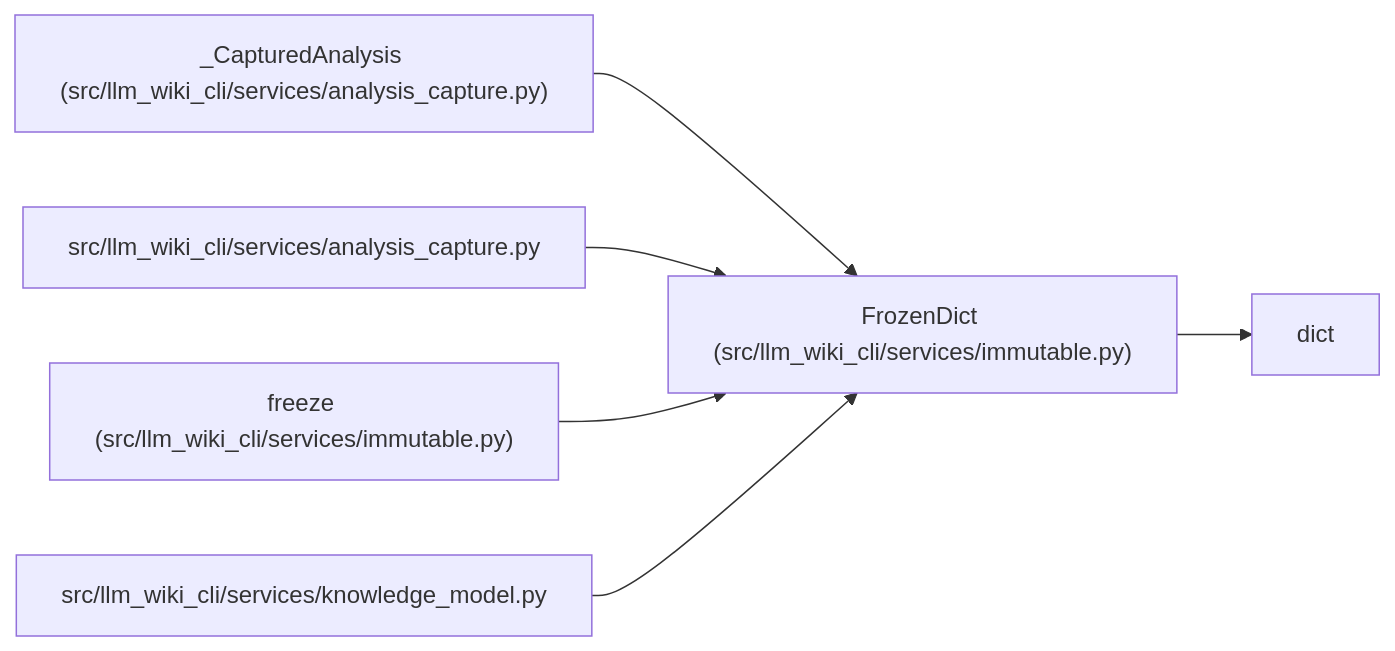
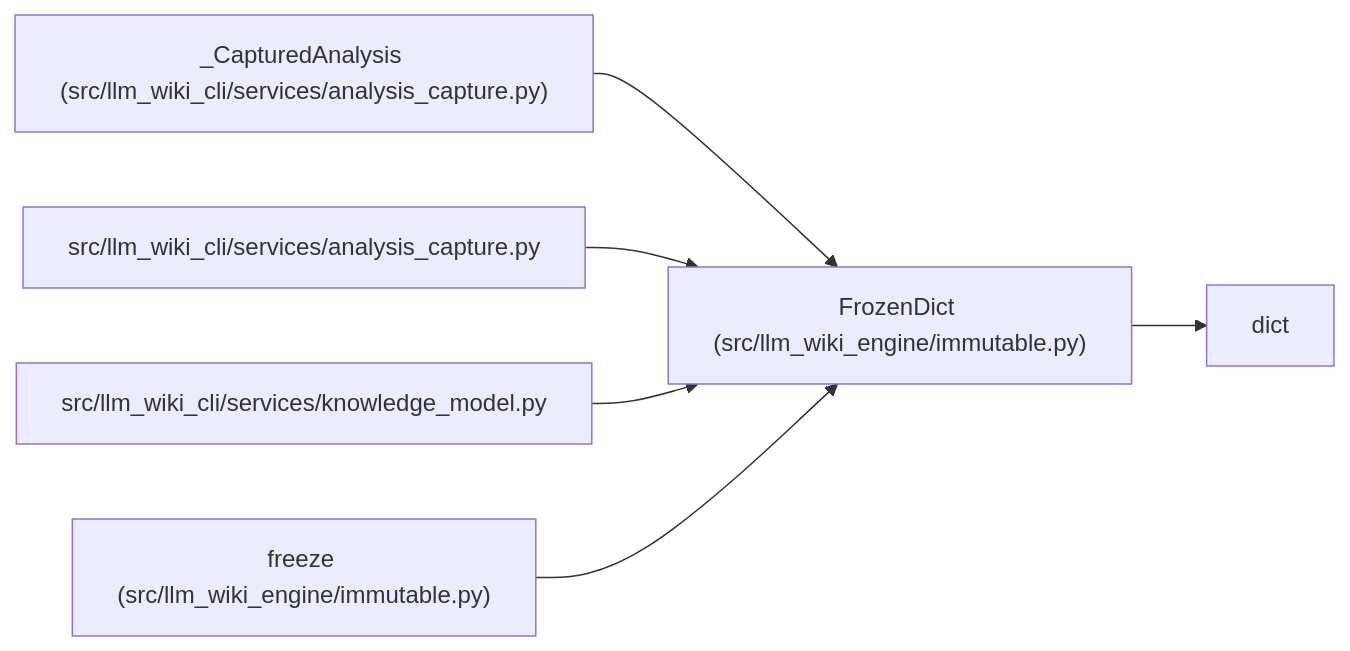
Before and after one commit to Denissvgn/python-wiki-llm: the diagram in docs/llm_wiki/entities/FrozenDict.md, drawn with Mermaid. The commit also changed other lines of this file and 1103 other files, not shown here.

First line of the commit message:
docs: refresh the wiki for the llm-wiki-engine distribution

````diff
--- a/docs/llm_wiki/entities/FrozenDict.md
+++ b/docs/llm_wiki/entities/FrozenDict.md
@@ -25,19 +25,19 @@
 ```mermaid
 flowchart LR
-    n0["FrozenDict (src/llm_wiki_cli/services/immutable.py)"]
+    n0["FrozenDict (src/llm_wiki_engine/immutable.py)"]
     n1["dict"]
     n2["_CapturedAnalysis (src/llm_wiki_cli/services/analysis_capture.py)"]
     n3["src/llm_wiki_cli/services/analysis_capture.py"]
-    n4["freeze (src/llm_wiki_cli/services/immutable.py)"]
-    n5["src/llm_wiki_cli/services/knowledge_model.py"]
+    n4["src/llm_wiki_cli/services/knowledge_model.py"]
+    n5["freeze (src/llm_wiki_engine/immutable.py)"]
     n0 --> n1
     n2 --> n0
     n3 --> n0
     n4 --> n0
     n5 --> n0
     click n0 "../modules/immutable.md"
     click n2 "../modules/analysis_capture.md"
     click n3 "../modules/analysis_capture.md"
-    click n4 "../modules/immutable.md"
-    click n5 "../modules/knowledge_model.md"
+    click n4 "../modules/knowledge_model.md"
+    click n5 "../modules/immutable.md"
 ```
````
